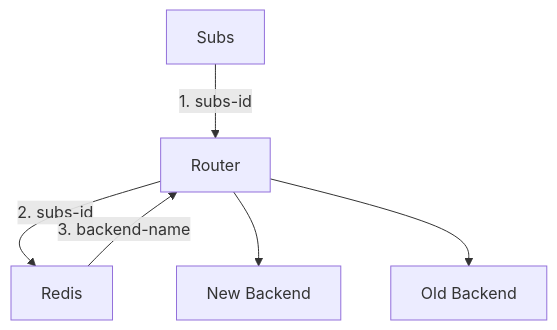
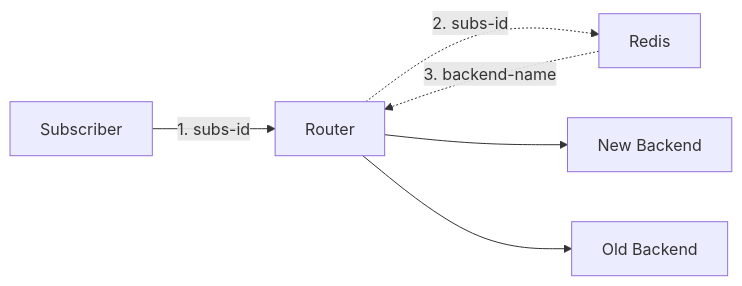
One commit to ardhynugroho/nginx-router changed the diagram in README.md. Above: the diagram before and after it, drawn with Mermaid.

Commit message:
Update file README.md

````diff
--- a/README.md
+++ b/README.md
@@ -7,8 +7,8 @@
 ```mermaid
-graph TD
-  A[Subs] --> |1. subs-id| B[Router]
-  B --> |2. subs-id| C[Redis]
-  C --> |3. backend-name| B
+flowchart LR
+  A[Subscriber] --> |1. subs-id| B[Router]
+  B -.-> |2. subs-id| C[Redis]
+  C -.-> |3. backend-name| B
   B --> D[New Backend]
   B --> E[Old Backend]
 ```
````
